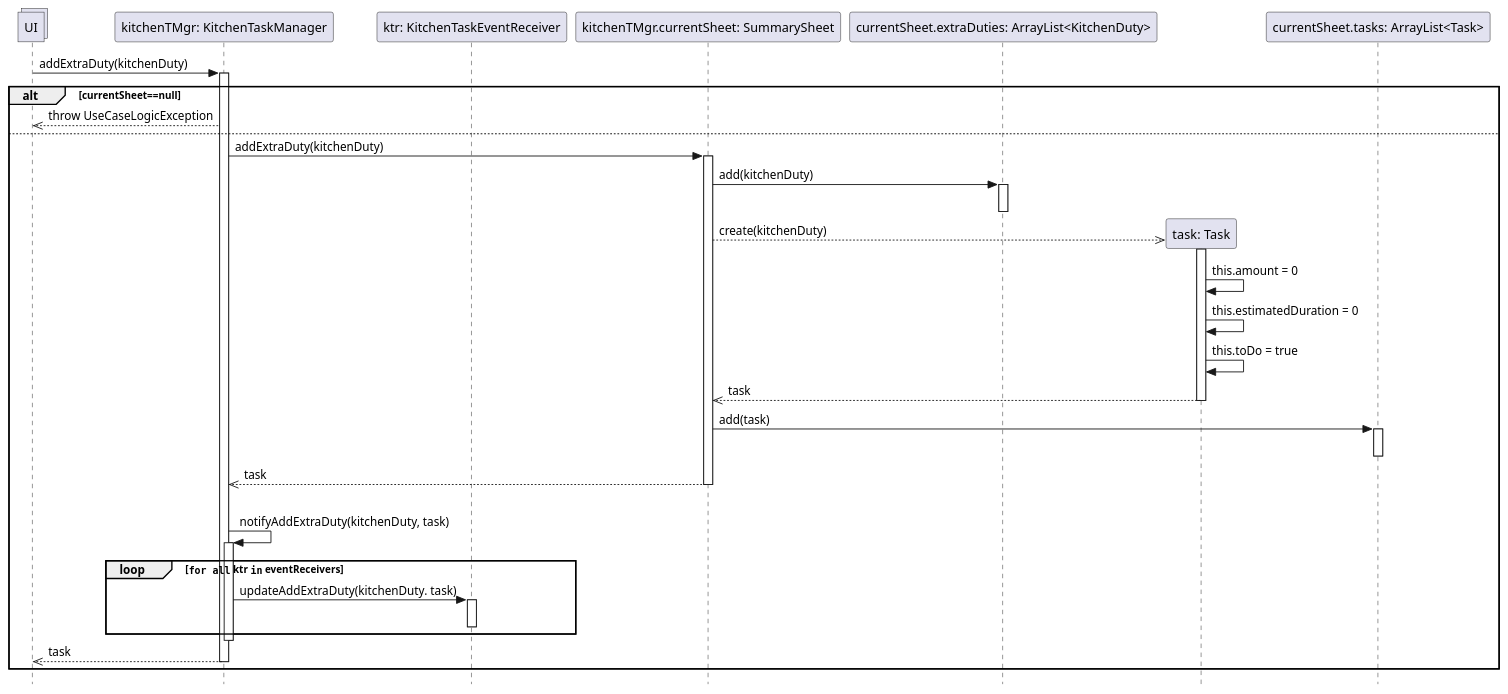
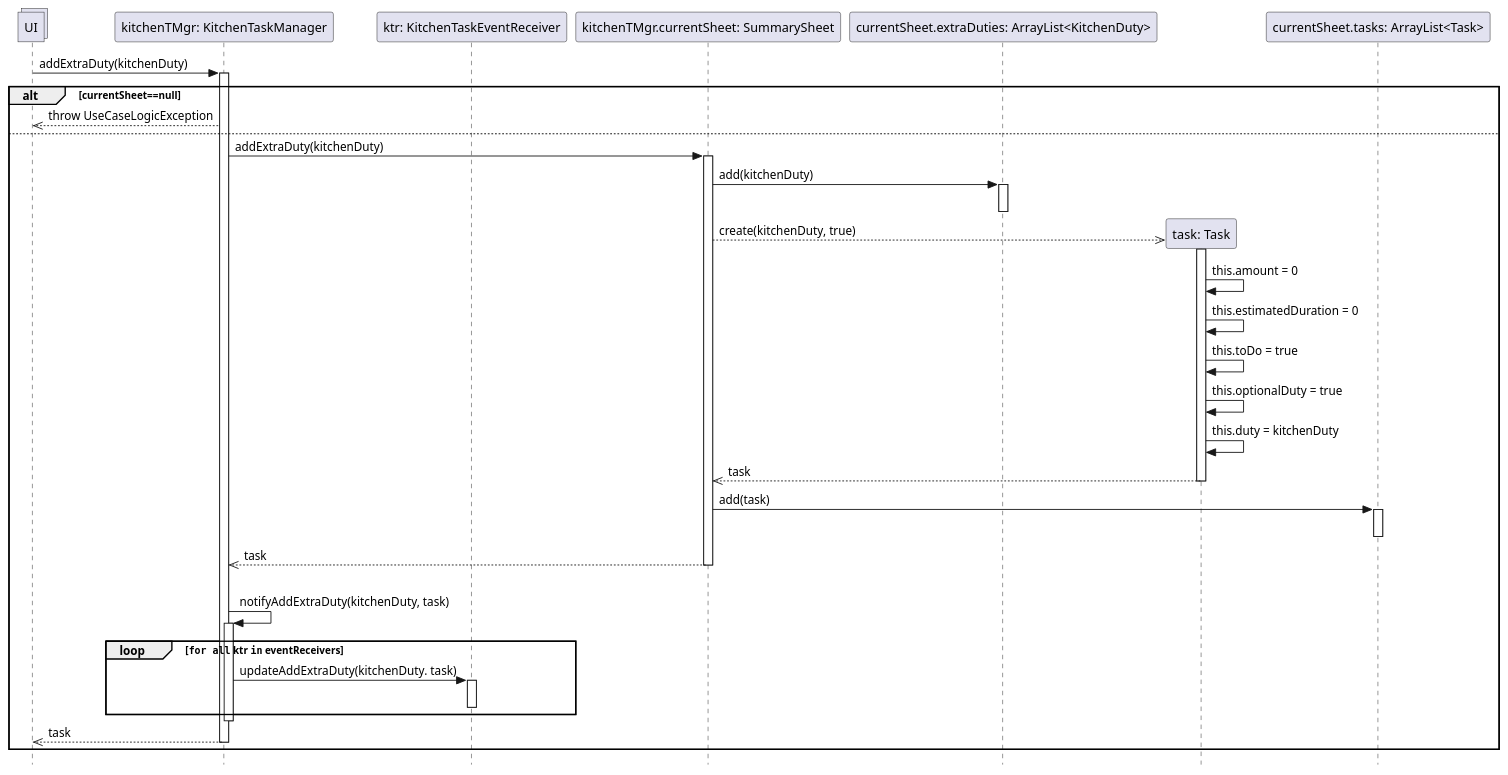
One commit to stefa168/sas-project changed the diagram in UP/Progettazione/UC Gestire Compiti Cucina/DSD/DSD Operazione 2.puml. Above: the diagram before and after it, drawn with PlantUML. The commit also changed 3 other files, not shown here.

```diff
--- a/UP/Progettazione/UC Gestire Compiti Cucina/DSD/DSD Operazione 2.puml
+++ b/UP/Progettazione/UC Gestire Compiti Cucina/DSD/DSD Operazione 2.puml
@@ -1,57 +1,59 @@
 @startuml Operazione 2
 skinparam Style strictuml
 
 collections UI
 
 participant "kitchenTMgr: KitchenTaskManager" as ktm
 UI -> ktm: addExtraDuty(kitchenDuty)
 participant "ktr: KitchenTaskEventReceiver" as ktr
 
 activate ktm
 
 alt currentSheet==null
     UI <<-- ktm: throw UseCaseLogicException
 else
     participant "kitchenTMgr.currentSheet: SummarySheet" as ss
     ktm -> ss: addExtraDuty(kitchenDuty)
     activate ss
 
     participant "currentSheet.extraDuties: ArrayList<KitchenDuty>" as kdList
     ss -> kdList: add(kitchenDuty)
     activate kdList
     deactivate kdList
 
     participant "task: Task" as t
-    ss -->> t**: create(kitchenDuty)
+    ss -->> t**: create(kitchenDuty, true)
     activate t
     t -> t: this.amount = 0
     t -> t: this.estimatedDuration = 0
     t -> t: this.toDo = true
+    t -> t: this.optionalDuty = true
+    t -> t: this.duty = kitchenDuty
     ss <<-- t:task
     deactivate t
     
     participant "currentSheet.tasks: ArrayList<Task>" as tasks
     ss -> tasks: add(task)
 
     activate tasks
     deactivate tasks
 
     ktm <<-- ss: task
     deactivate ss
     |||
     ktm -> ktm: notifyAddExtraDuty(kitchenDuty, task)
     activate ktm
     loop ""for all"" ktr ""in"" eventReceivers
         ktm -> ktr : updateAddExtraDuty(kitchenDuty. task)
         activate ktr
         deactivate ktr
     end
     deactivate ktm
 
     UI <<-- ktm : task
     deactivate ktm
 
     
 end
 
 @enduml
```
